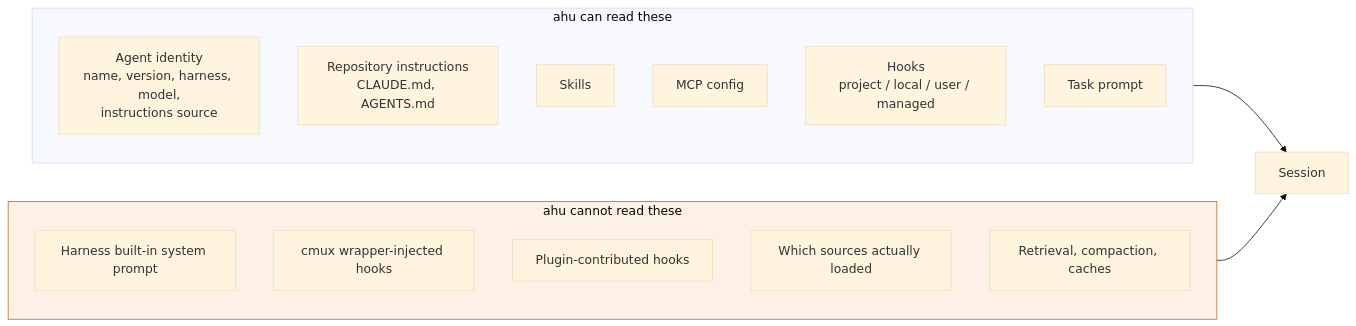
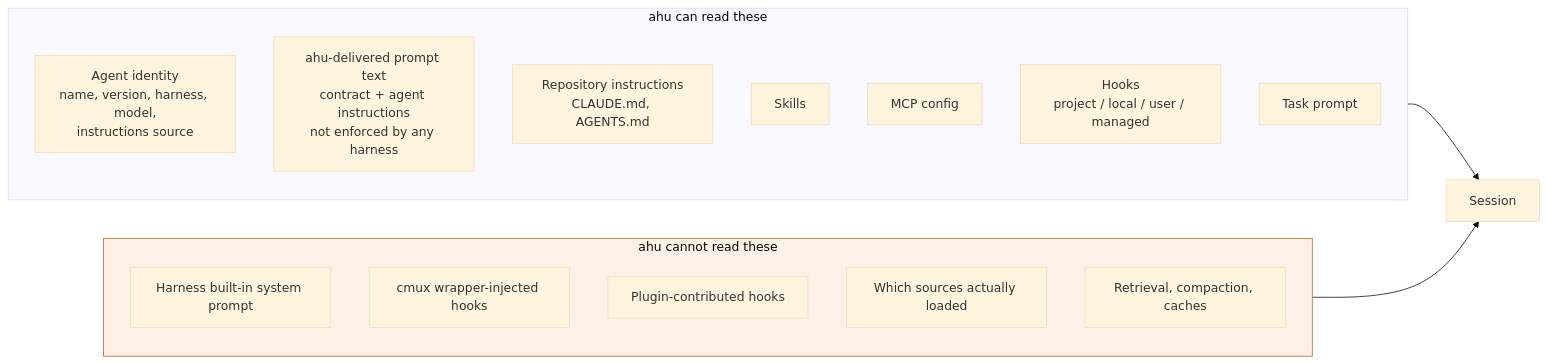
Before and after one commit to moai-agent/ahu: the second of 2 diagrams in README.md, drawn with Mermaid (base theme). The commit also changed other lines of this file and 18 other files, not shown here.

````diff
--- a/README.md
+++ b/README.md
@@ -316,24 +337,25 @@
 ```mermaid
 flowchart LR
     subgraph seen["ahu can read these"]
         I["Agent identity<br/>name, version, harness, model,<br/>instructions source"]
+        AD["ahu-delivered prompt text<br/>contract + agent instructions<br/>not enforced by any harness"]
         R["Repository instructions<br/>CLAUDE.md, AGENTS.md"]
         K["Skills"]
         M["MCP config"]
         H["Hooks<br/>project / local / user / managed"]
         T["Task prompt"]
     end
 
     subgraph unseen["ahu cannot read these"]
         B["Harness built-in system prompt"]
         W["cmux wrapper-injected hooks"]
         PL["Plugin-contributed hooks"]
         L["Which sources actually loaded"]
         X["Retrieval, compaction, caches"]
     end
 
     seen --> S["Session"]
     unseen --> S
 
     style unseen fill:#fdf1e7,stroke:#b5651d
 ```
````
